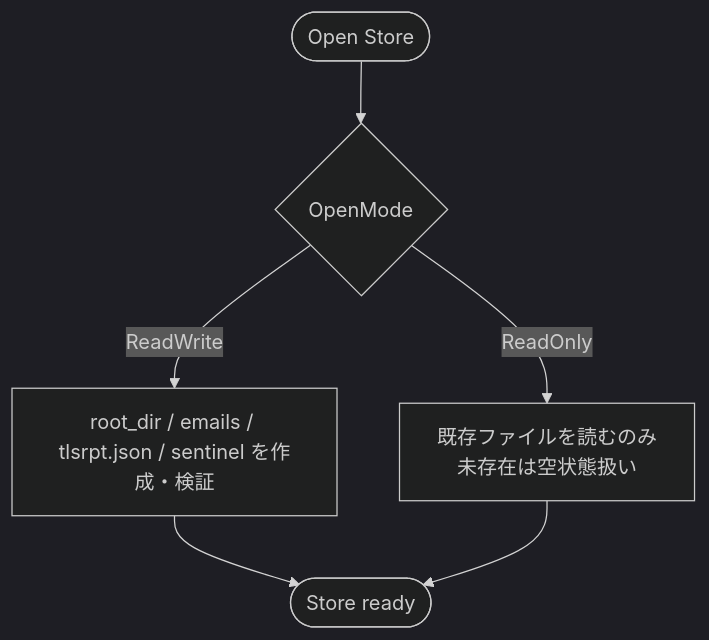
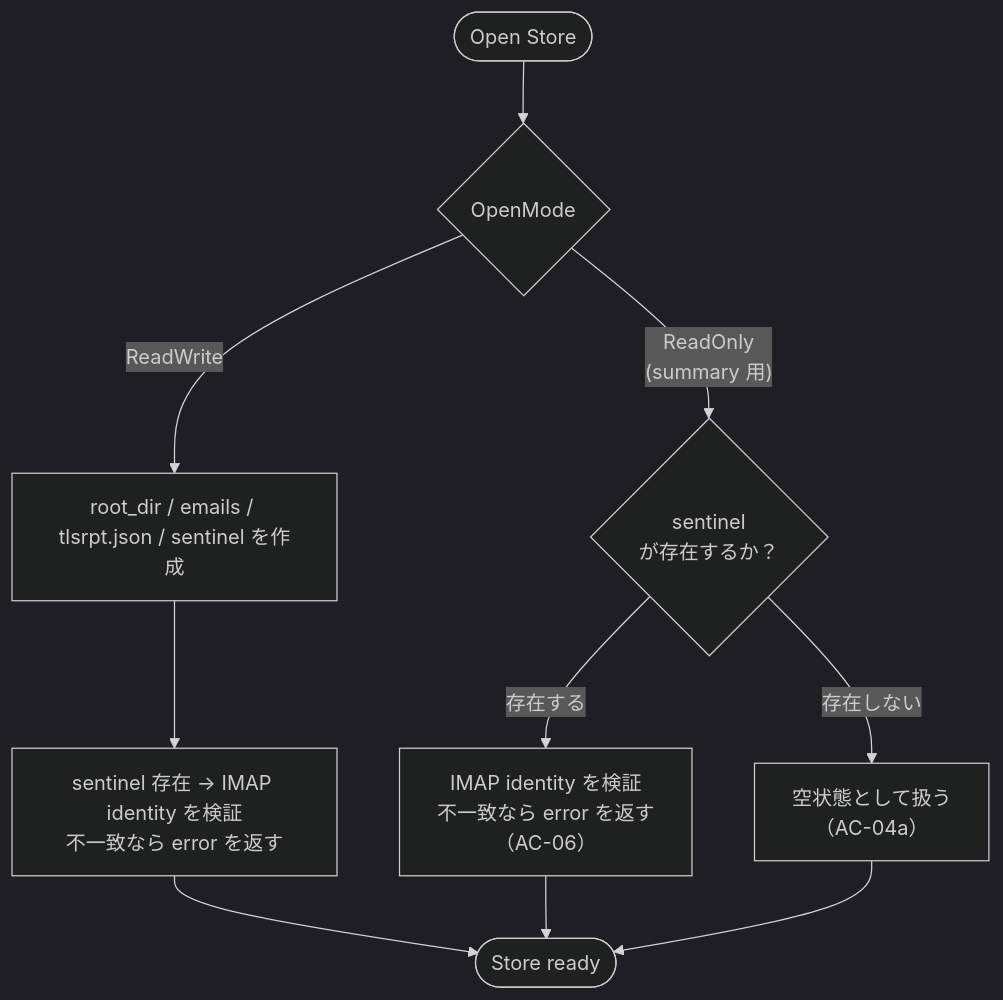
Before and after one commit to isseis/tlsrpt-digest: the eighth of 15 diagrams in docs/tasks/0040_store/02_architecture.md, drawn with Mermaid (dark theme). The commit also changed other lines of this file, not shown here.

Commit message:
docs(store/arch): fix three review issues (newpkg class, ErrRecoveryStateNotFound, ReadOnly sentinel)
1. Mermaid class: change STORE from 'enhanced' to 'newpkg'
   internal/store is a new package, so newpkg (purple) is correct per
   mermaid_reference.md conventions; update legend accordingly.

2. Remove ErrRecoveryStateNotFound public error type:
   AC-34 specifies LoadRecoveryRequired returns (found bool, err error)
   where missing state is found=false with err=nil. A public error type
   contradicts this contract and would lead callers to treat a normal
   absent state as an error condition.

3. ReadOnly mode initialization flowchart:
   When a sentinel already exists, ReadOnly mode must still validate the
   IMAP identity (AC-06) to prevent summary from reading another
   mailbox's data. Only when no sentinel exists does ReadOnly treat the
   store as empty (AC-04a). Updated the flowchart to show this branch.

````diff
--- a/docs/tasks/0040_store/02_architecture.md
+++ b/docs/tasks/0040_store/02_architecture.md
@@ -371,8 +373,13 @@
 ```mermaid
 flowchart TD
     Start(["Open Store"]) --> Mode{"OpenMode"}
-    Mode -->|"ReadWrite"| RW["root_dir / emails / tlsrpt.json / sentinel を作成・検証"]
-    Mode -->|"ReadOnly"| RO["既存ファイルを読むのみ<br>未存在は空状態扱い"]
-    RW --> End(["Store ready"])
-    RO --> End
+    Mode -->|"ReadWrite"| RW["root_dir / emails / tlsrpt.json / sentinel を作成"]
+    RW --> ValidateRW["sentinel 存在 → IMAP identity を検証<br>不一致なら error を返す"]
+    ValidateRW --> End(["Store ready"])
+
+    Mode -->|"ReadOnly<br>(summary 用)"| SentinelExists{"sentinel<br>が存在するか？"}
+    SentinelExists -->|"存在する"| ValidateRO["IMAP identity を検証<br>不一致なら error を返す<br>（AC-06）"]
+    SentinelExists -->|"存在しない"| EmptyState["空状態として扱う<br>（AC-04a）"]
+    ValidateRO --> End
+    EmptyState --> End
 ```
````
